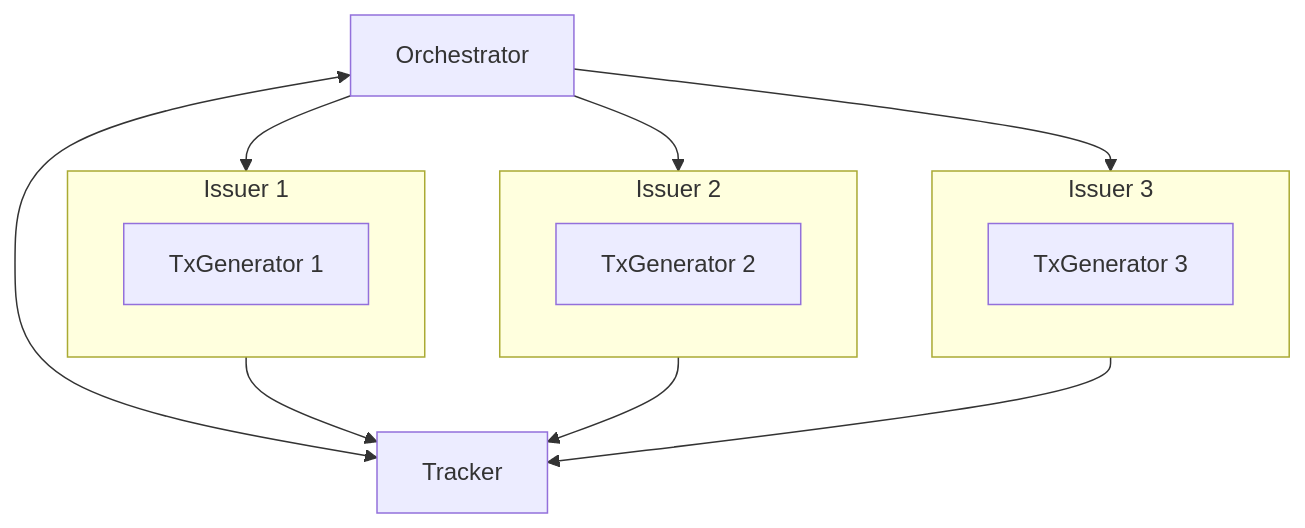
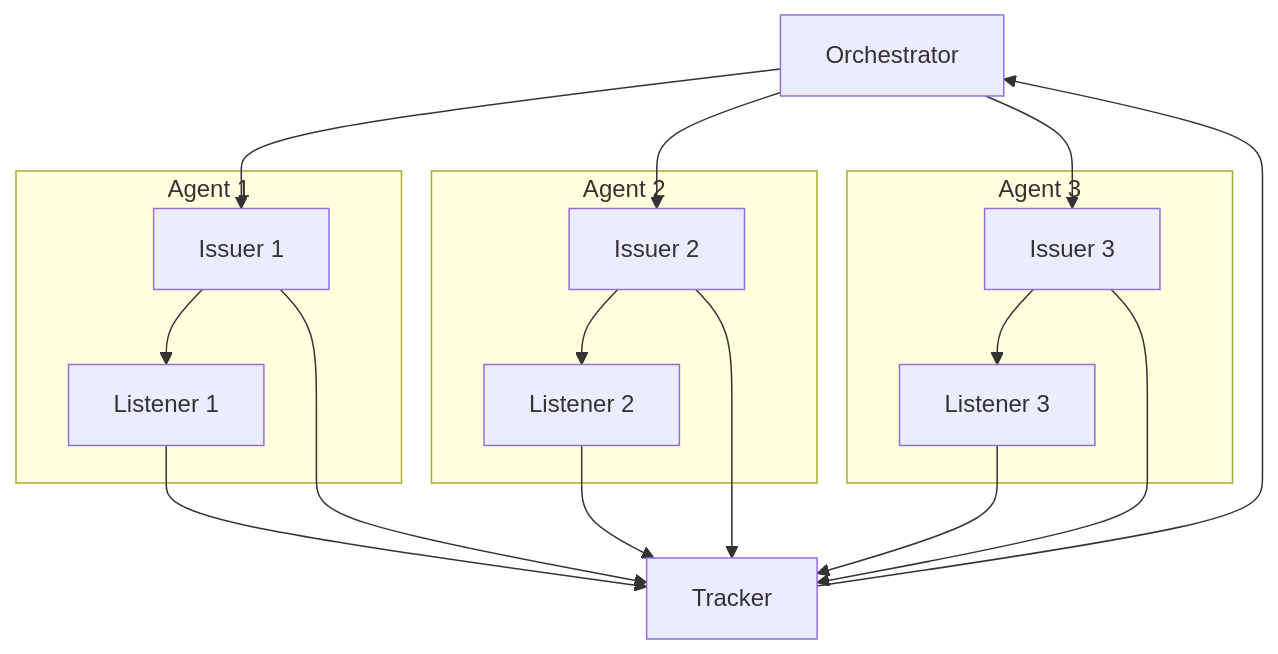
One commit to ava-labs/hypersdk changed the diagram in load/README.md. Above: the diagram before and after it, drawn with Mermaid. The commit also changed other lines of this file and 13 other files, not shown here.

````diff
--- a/load/README.md
+++ b/load/README.md
@@ -18,24 +18,34 @@
 ```mermaid
 graph
-    A["Orchestrator"]
-    subgraph B1["Issuer 1"]
-        TG1["TxGenerator 1"]
+    O["Orchestrator"]
+    subgraph "Agent 3"
+        A3_I["Issuer 3"]
+        A3_L["Listener 3"]
     end
-    subgraph B2["Issuer 2"]
-        TG2["TxGenerator 2"]
+    subgraph "Agent 2"
+        A2_I["Issuer 2"]
+        A2_L["Listener 2"]
     end
-    subgraph B3["Issuer 3"]
-        TG3["TxGenerator 3"]
+    subgraph "Agent 1"
+        A1_I["Issuer 1"]
+        A1_L["Listener 1"]
     end
-    C["Tracker"]
+    T["Tracker"]
 
-    A <--> C
+    T --> O
 
-    A --> B1
-    A --> B2
-    A --> B3
+    O --> A1_I
+    O --> A2_I
+    O --> A3_I
 
-    B1 --> C
-    B2 --> C
-    B3 --> C
+    A1_I --> A1_L
+    A2_I --> A2_L
+    A3_I --> A3_L
+
+    A1_I --> T
+    A2_I --> T
+    A3_I --> T
+    A1_L --> T
+    A2_L --> T
+    A3_L --> T
 ```
````
